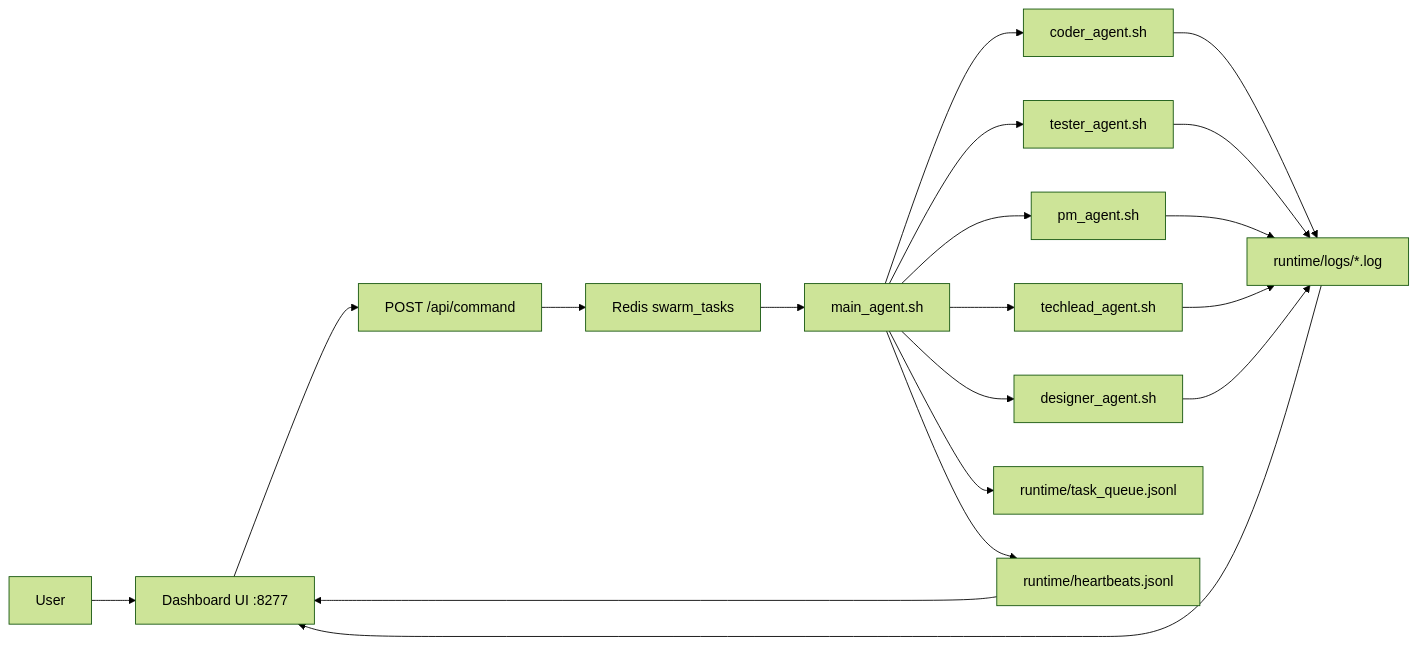
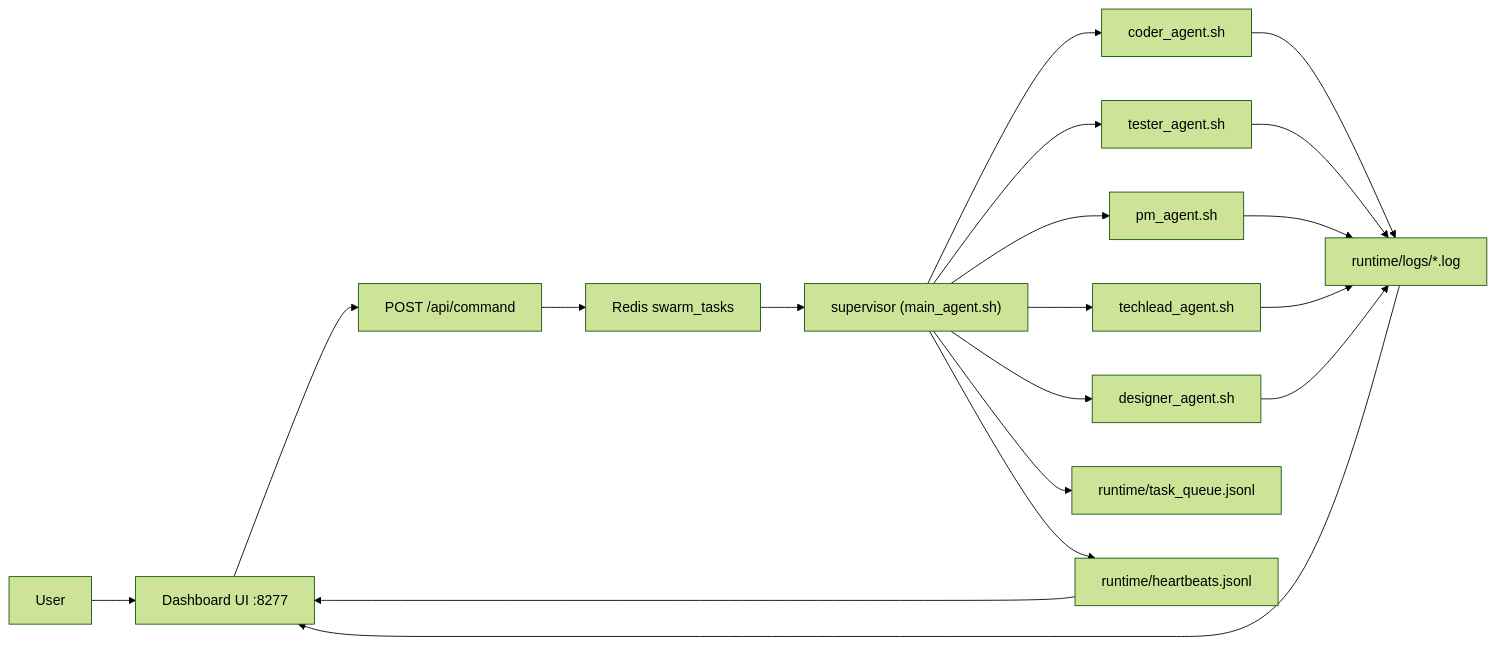
One commit to Not-Just-Web/openswarm changed the second of 3 diagrams in README.md. Above: the diagram before and after it, drawn with Mermaid (forest theme). The commit also changed other lines of this file and 11 other files, not shown here.

Commit message:
Architectural Overhaul: Decoupled microservices, Swarm support, scaling, and Graphify integration

````diff
--- a/README.md
+++ b/README.md
@@ -63,21 +35,21 @@
 ```mermaid
 flowchart LR
     U["User"] --> D["Dashboard UI :8277"]
     D --> A["POST /api/command"]
     A --> R["Redis swarm_tasks"]
-    R --> M["main_agent.sh"]
+    R --> M["supervisor (main_agent.sh)"]
     M --> C["coder_agent.sh"]
     M --> T["tester_agent.sh"]
     M --> P["pm_agent.sh"]
     M --> L["techlead_agent.sh"]
     M --> X["designer_agent.sh"]
     M --> Q["runtime/task_queue.jsonl"]
     C --> S["runtime/logs/*.log"]
     T --> S
     P --> S
     L --> S
     X --> S
     M --> H["runtime/heartbeats.jsonl"]
     S --> D
     H --> D
 ```
````
